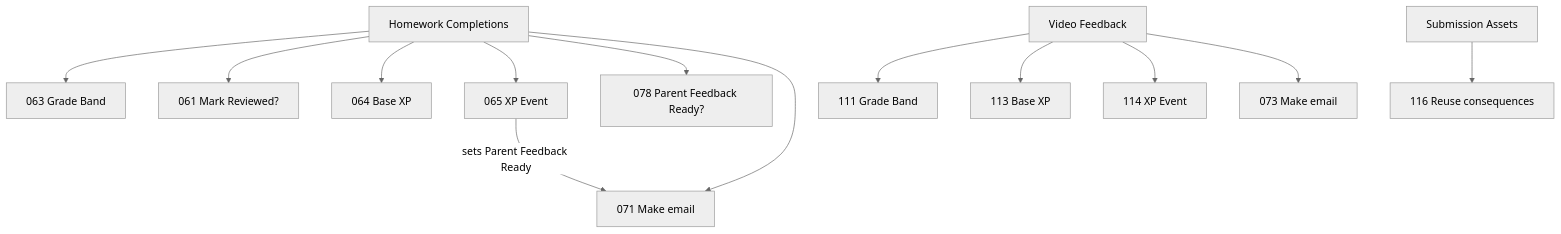
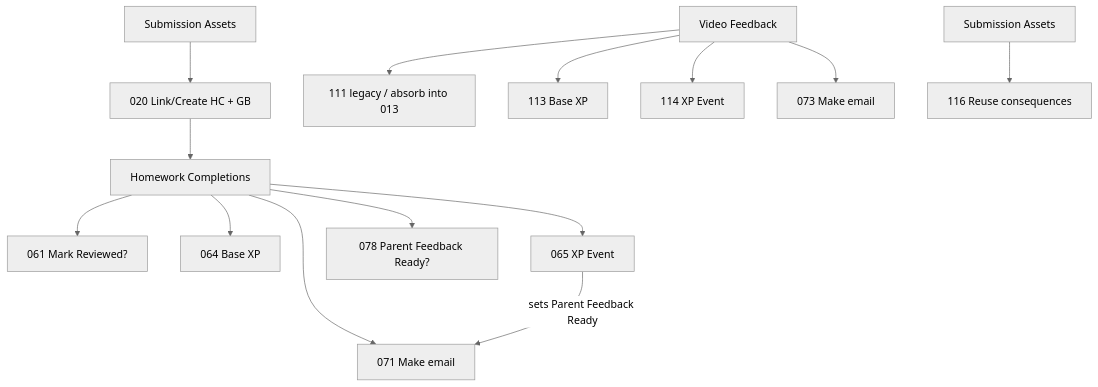
Before and after one commit to Schmidt127/127-si-shooting-challenge: the third of 3 diagrams in docs/architecture/AIRTABLE-AUTOMATION-DEPENDENCY-MAP.md, drawn with Mermaid (neutral theme). The commit also changed other lines of this file and 10 other files, not shown here.

````diff
--- a/docs/architecture/AIRTABLE-AUTOMATION-DEPENDENCY-MAP.md
+++ b/docs/architecture/AIRTABLE-AUTOMATION-DEPENDENCY-MAP.md
@@ -82,17 +82,18 @@
 ```mermaid
 flowchart TD
   HC[Homework Completions]
   VF[Video Feedback]
-  HC --> A063[063 Grade Band]
+  SA[Submission Assets] --> A020[020 Link/Create HC + GB]
+  A020 --> HC
   HC --> A061[061 Mark Reviewed?]
   HC --> A064[064 Base XP]
   HC --> A065[065 XP Event]
   HC --> A078[078 Parent Feedback Ready?]
   HC --> A071[071 Make email]
   A065 -->|sets Parent Feedback Ready| A071
-  VF --> A111[111 Grade Band]
+  VF --> A111[111 legacy / absorb into 013]
   VF --> A113[113 Base XP]
   VF --> A114[114 XP Event]
   VF --> A073[073 Make email]
   SA2[Submission Assets] --> A116[116 Reuse consequences]
 ```
````
